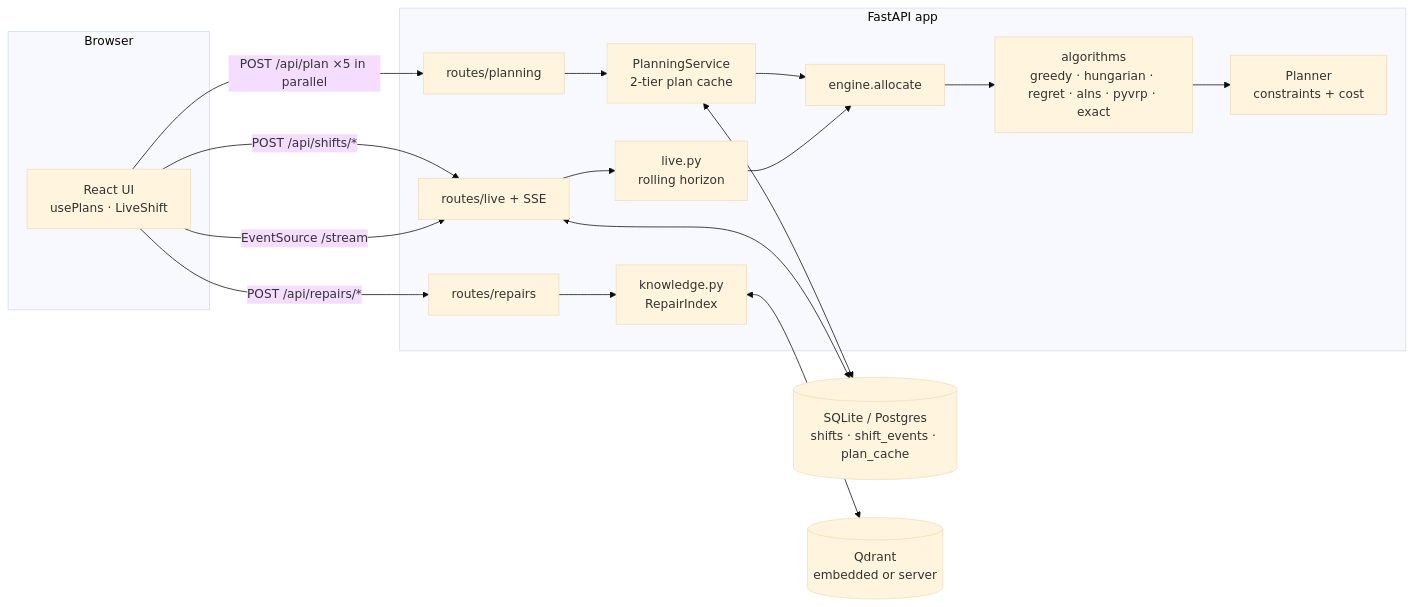
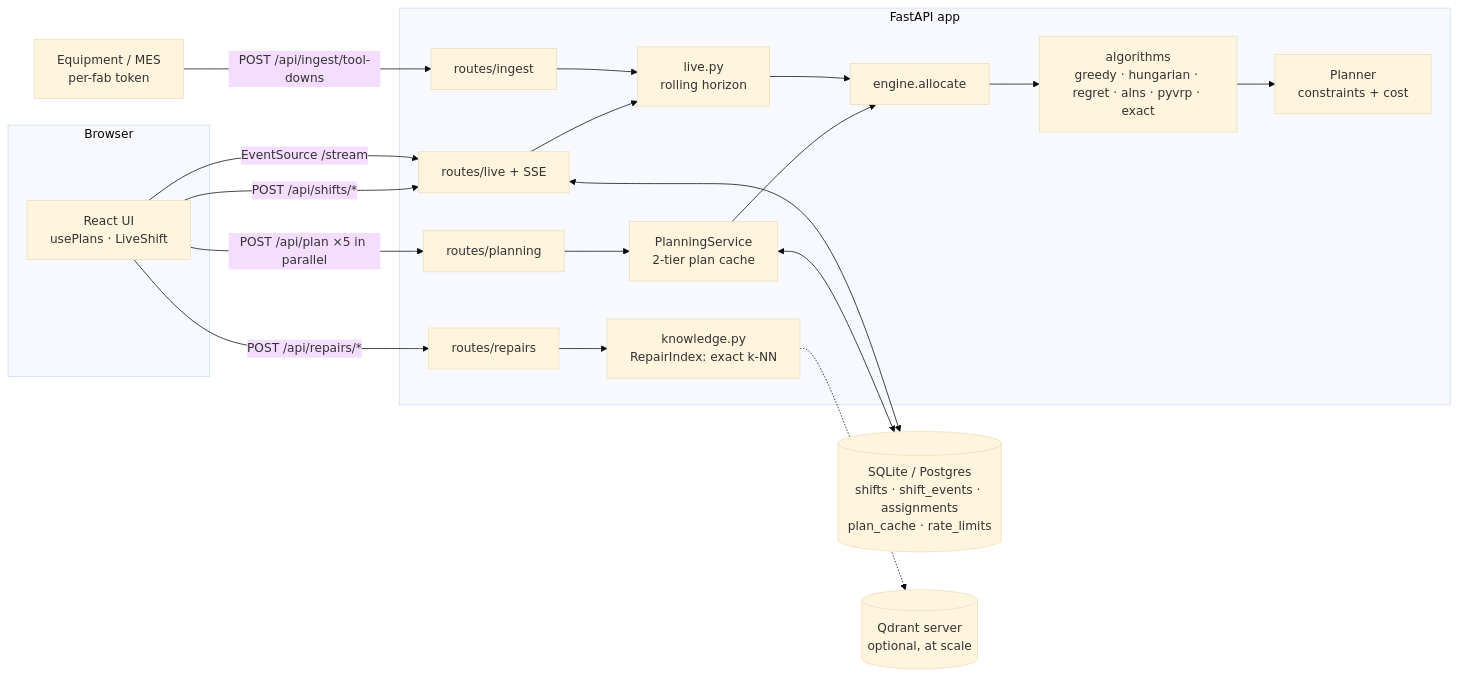
The first of 3 diagrams in docs/ARCHITECTURE.md (pavansky/fab-dispatch), drawn with Mermaid (base theme) before and after one commit. The commit also changed other lines of this file and 4 other files, not shown here.

First line of the commit message:
docs: design principles, trade-offs and the path to fab scale

````diff
--- a/docs/ARCHITECTURE.md
+++ b/docs/ARCHITECTURE.md
@@ -5,26 +5,29 @@
 ```mermaid
 flowchart LR
   subgraph Browser
     UI[React UI<br/>usePlans · LiveShift]
   end
+  MES[Equipment / MES<br/>per-fab token]
   subgraph API[FastAPI app]
     R1[routes/planning]
     R2[routes/live + SSE]
     R3[routes/repairs]
+    R4[routes/ingest]
     SVC[PlanningService<br/>2-tier plan cache]
     ENG[engine.allocate]
     PL[Planner<br/>constraints + cost]
     ALG[algorithms<br/>greedy · hungarian · regret · alns · pyvrp · exact]
     LIVE[live.py<br/>rolling horizon]
-    KN[knowledge.py<br/>RepairIndex]
+    KN[knowledge.py<br/>RepairIndex: exact k-NN]
   end
-  DB[(SQLite / Postgres<br/>shifts · shift_events · plan_cache)]
-  Q[(Qdrant<br/>embedded or server)]
+  DB[(SQLite / Postgres<br/>shifts · shift_events · assignments<br/>plan_cache · rate_limits)]
+  Q[(Qdrant server<br/>optional, at scale)]
 
   UI -- "POST /api/plan ×5 in parallel" --> R1 --> SVC --> ENG --> ALG --> PL
   SVC <--> DB
   UI -- "POST /api/shifts/*" --> R2 --> LIVE --> ENG
   R2 <--> DB
   UI -- "EventSource /stream" --> R2
-  UI -- "POST /api/repairs/*" --> R3 --> KN <--> Q
+  UI -- "POST /api/repairs/*" --> R3 --> KN -.-> Q
+  MES -- "POST /api/ingest/tool-downs" --> R4 --> LIVE
 ```
````
